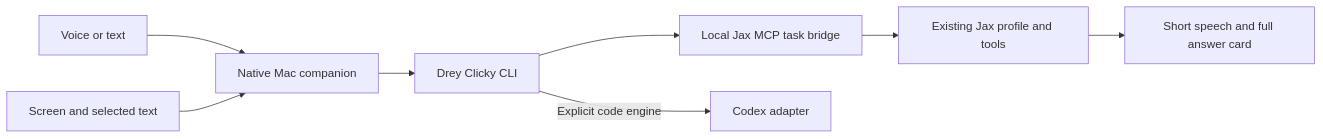
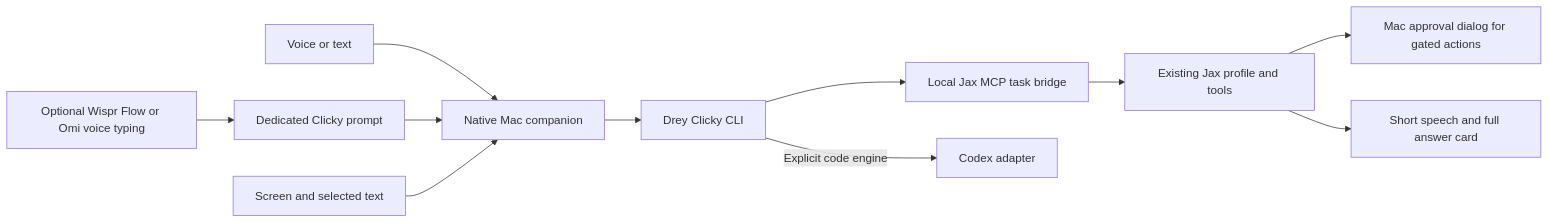
The diagram in README.md (Dreydrey9000/drey-clicky), drawn with Mermaid before and after one commit. The commit also changed other lines of this file and 36 other files, not shown here.

Commit message:
Add opt-in Flow and Omi voice input with Mac Jax approvals

````diff
--- a/README.md
+++ b/README.md
@@ -37,10 +39,13 @@
 ```mermaid
 flowchart LR
   Voice[Voice or text] --> Mac[Native Mac companion]
+  External[Optional Wispr Flow or Omi voice typing] --> Prompt[Dedicated Clicky prompt]
+  Prompt --> Mac
   Screen[Screen and selected text] --> Mac
   Mac --> CLI[Drey Clicky CLI]
   CLI --> MCP[Local Jax MCP task bridge]
   MCP --> Jax[Existing Jax profile and tools]
+  Jax --> Approval[Mac approval dialog for gated actions]
   Jax --> Answer[Short speech and full answer card]
   CLI -->|Explicit code engine| Codex[Codex adapter]
 ```
````
